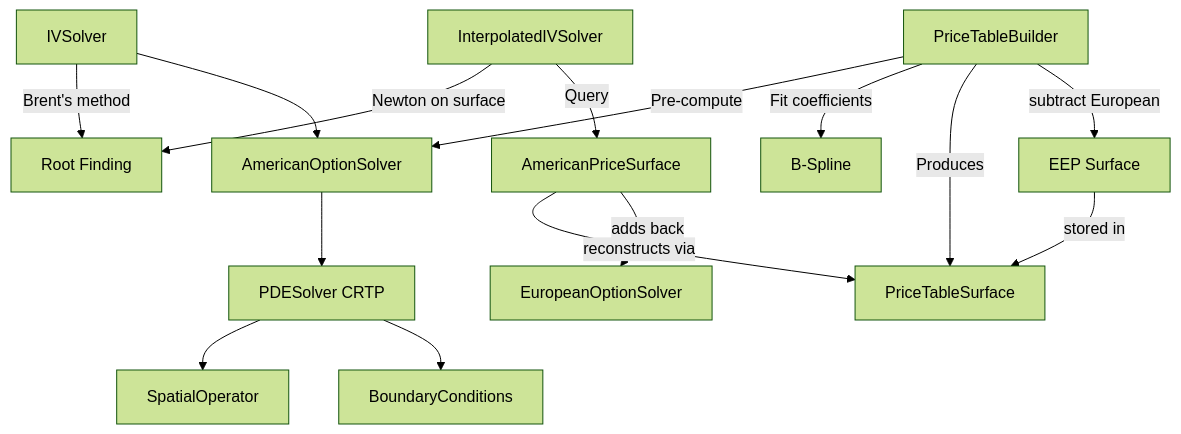
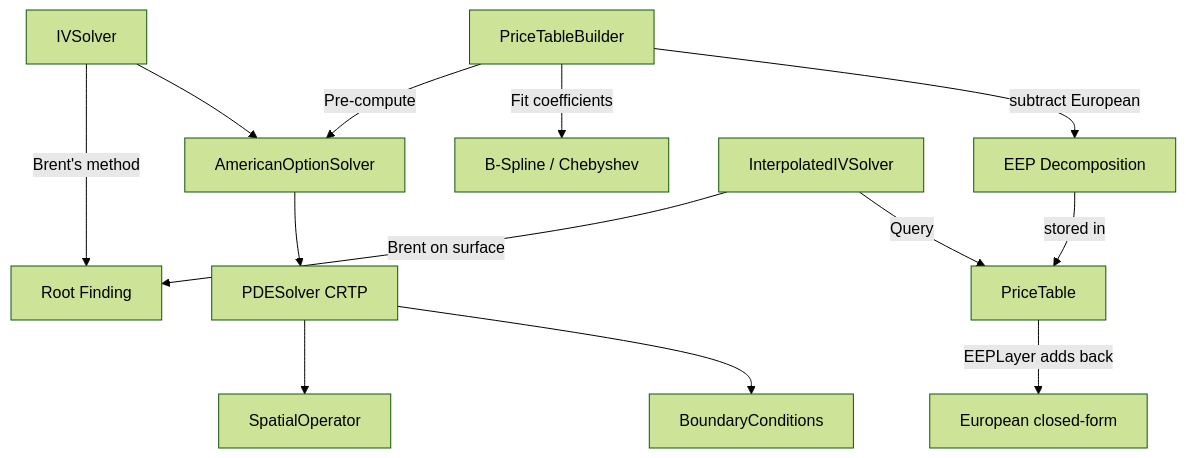
The first of 4 diagrams in docs/ARCHITECTURE.md (accelas/mango-option), drawn with Mermaid (forest theme) before and after one commit. The commit also changed other lines of this file and 5 other files, not shown here.

````diff
--- a/docs/ARCHITECTURE.md
+++ b/docs/ARCHITECTURE.md
@@ -26,17 +27,15 @@
 ```mermaid
 graph TD
     IV[IVSolver] -->|Brent's method| ROOT[Root Finding]
     IV --> AO[AmericanOptionSolver]
     AO --> PDE[PDESolver CRTP]
     PDE --> OPS[SpatialOperator]
     PDE --> BC[BoundaryConditions]
     PTABLE[PriceTableBuilder] -->|Pre-compute| AO
-    PTABLE -->|Fit coefficients| SPLINE[B-Spline]
-    PTABLE -->|Produces| SURFACE[PriceTableSurface]
-    PTABLE -->|subtract European| EEP[EEP Surface]
-    EEP -->|stored in| SURFACE
-    APS[AmericanPriceSurface] -->|reconstructs via| SURFACE
-    APS -->|adds back| EU[EuropeanOptionSolver]
-    IVFAST[InterpolatedIVSolver] -->|Newton on surface| ROOT
-    IVFAST -->|Query| APS
+    PTABLE -->|Fit coefficients| SPLINE[B-Spline / Chebyshev]
+    PTABLE -->|subtract European| EEP[EEP Decomposition]
+    EEP -->|stored in| PT[PriceTable]
+    PT -->|EEPLayer adds back| EU[European closed-form]
+    IVFAST[InterpolatedIVSolver] -->|Brent on surface| ROOT
+    IVFAST -->|Query| PT
 ```
````
